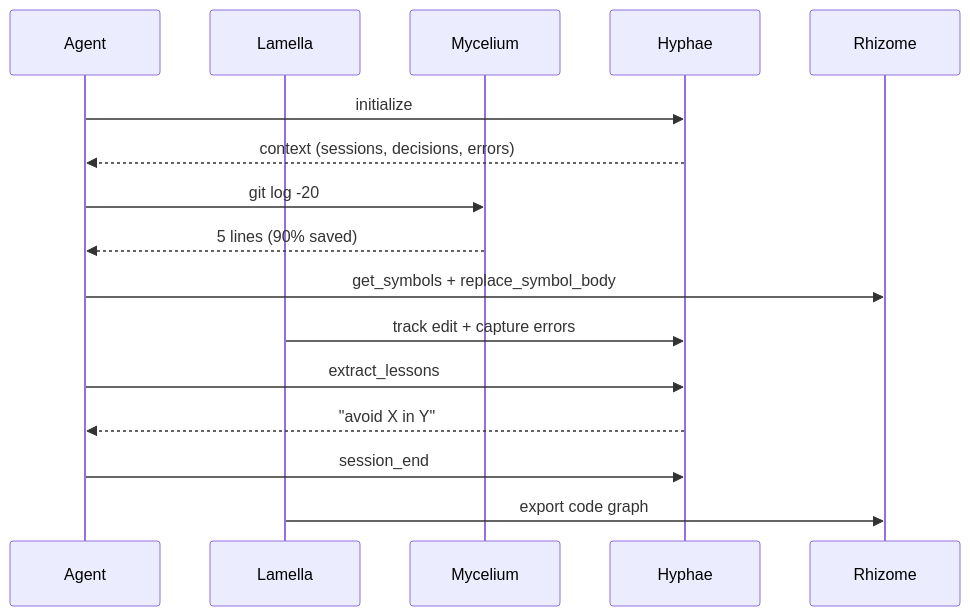
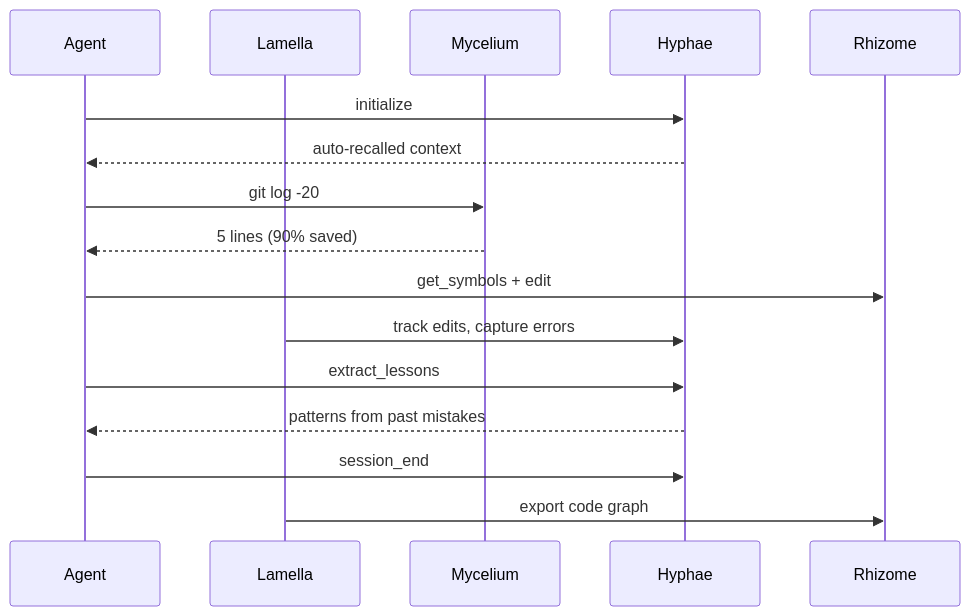
Before and after one commit to basidiocarp/.github: the fourth of 4 diagrams in profile/README.md, drawn with Mermaid. The commit also changed other lines of this file, not shown here.

Commit message:
docs: clean up profile README — fix mermaid, tighten prose

````diff
--- a/profile/README.md
+++ b/profile/README.md
@@ -128,19 +127,19 @@
 ```mermaid
 sequenceDiagram
     participant A as Agent
     participant L as Lamella
     participant M as Mycelium
     participant H as Hyphae
     participant R as Rhizome
 
     A->>H: initialize
-    H-->>A: context (sessions, decisions, errors)
+    H-->>A: auto-recalled context
     A->>M: git log -20
     M-->>A: 5 lines (90% saved)
-    A->>R: get_symbols + replace_symbol_body
-    L->>H: track edit + capture errors
+    A->>R: get_symbols + edit
+    L->>H: track edits, capture errors
     A->>H: extract_lessons
-    H-->>A: "avoid X in Y"
+    H-->>A: patterns from past mistakes
     A->>H: session_end
     L->>R: export code graph
 ```
````
